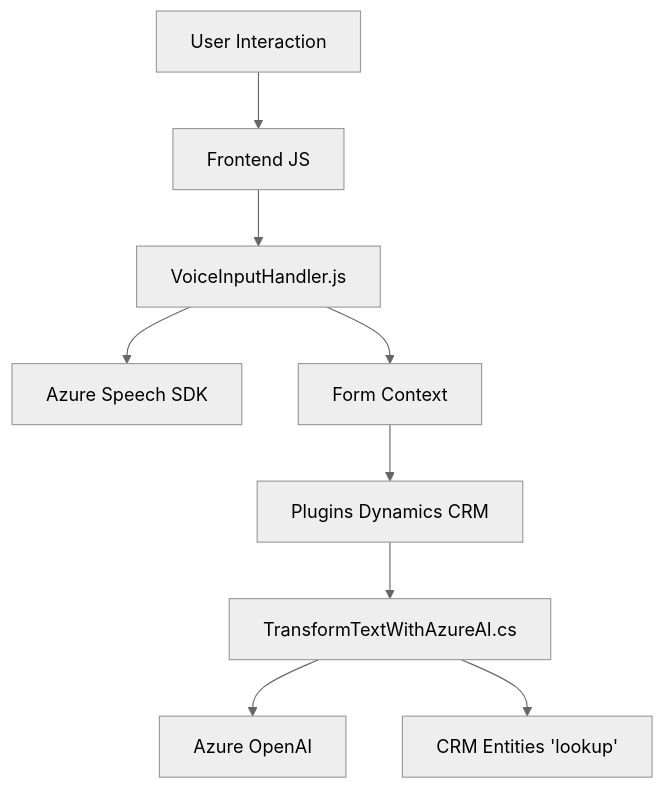
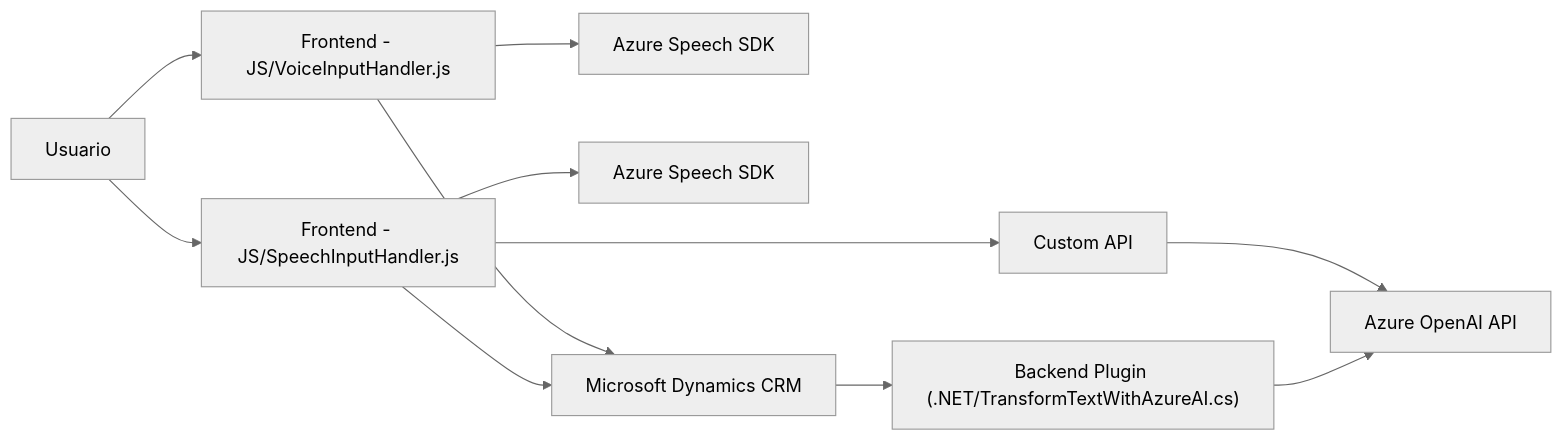
One commit to blopezdm/NETCORE_BILBAO2025 changed the diagram in README.md. Above: the diagram before and after it, drawn with Mermaid (neutral theme). The commit also changed other lines of this file, not shown here.

````diff
--- a/README.md
+++ b/README.md
@@ -43,21 +52,13 @@
 ```mermaid
-graph TD
-    A["User Interaction"]
-    B["Frontend JS"]
-    C["VoiceInputHandler.js"]
-    D["Azure Speech SDK"]
-    E["Form Context"]
-    F["Plugins Dynamics CRM"]
-    G["TransformTextWithAzureAI.cs"]
-    H["Azure OpenAI"]
-    I["CRM Entities 'lookup'"]
-    
-    A --> B
-    B --> C
-    C --> D
-    C --> E
-    E --> F
-    F --> G
-    G --> H
-    G --> I
+graph LR
+    A["Usuario"] --> B["Frontend - JS/VoiceInputHandler.js"]
+    A --> C["Frontend - JS/SpeechInputHandler.js"]
+    B --> D["Azure Speech SDK"]
+    C --> E["Azure Speech SDK"]
+    C --> F["Custom API"]
+    B --> G["Microsoft Dynamics CRM"]
+    C --> G
+    G --> H["Backend Plugin (.NET/TransformTextWithAzureAI.cs)"]
+    F --> I["Azure OpenAI API"]
+    H --> I
 ```
````
